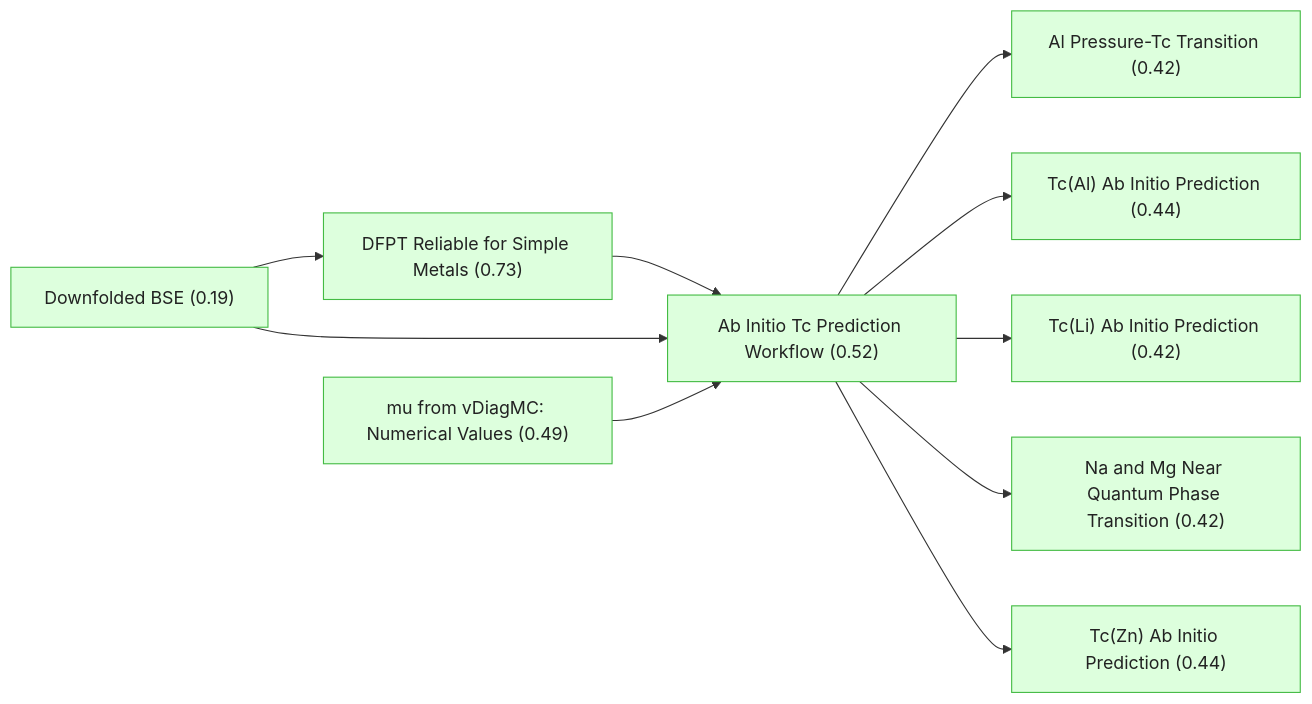
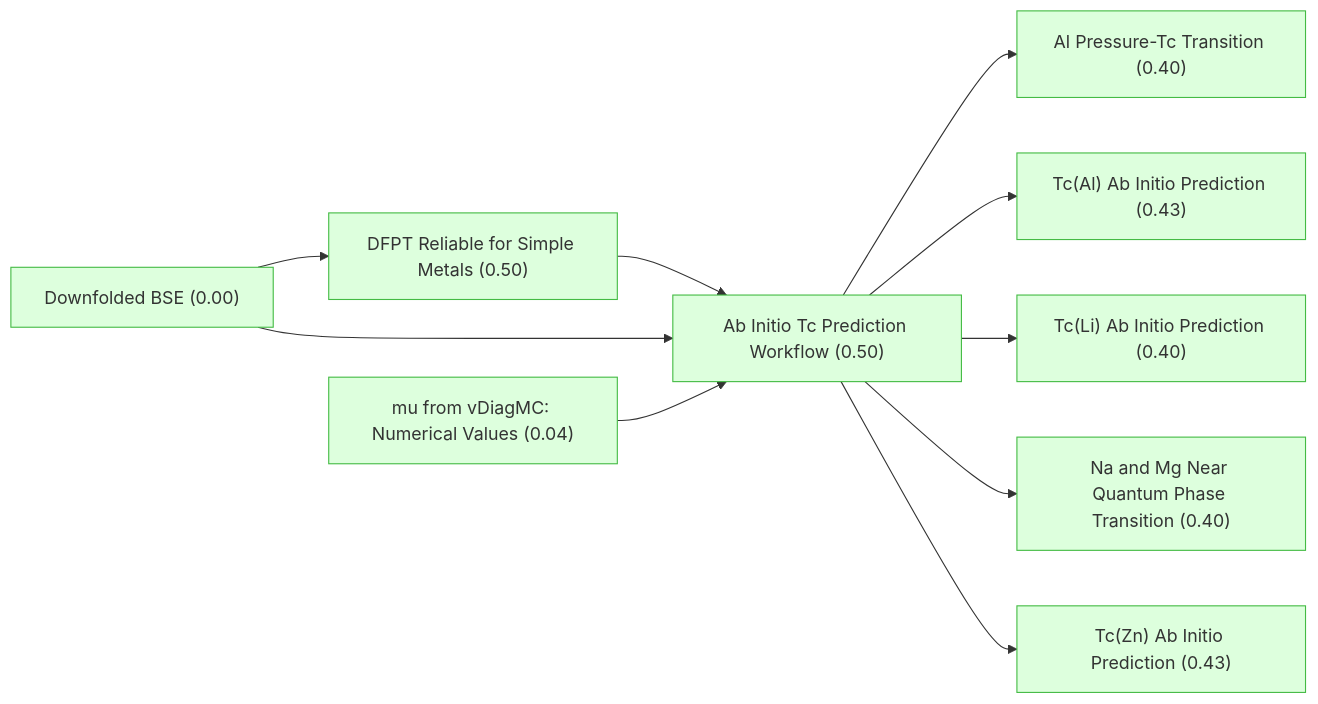
Before and after one commit to kunyuan/SuperconductivityElectronLiquids.gaia: the first of 6 diagrams in README.md, drawn with Mermaid. The commit also changed other lines of this file, not shown here.

Commit message:
docs: regenerate README with induction strategy

````diff
--- a/README.md
+++ b/README.md
@@ -7,33 +7,31 @@
 ```mermaid
 graph LR
-    downfolded_bse["Downfolded BSE (0.19)"]:::derived
-    mu_vdiagmc_values["mu from vDiagMC: Numerical Values (0.49)"]:::derived
-    dfpt_reliable_for_simple_metals["DFPT Reliable for Simple Metals (0.73)"]:::derived
-    ab_initio_workflow["Ab Initio Tc Prediction Workflow (0.52)"]:::derived
-    tc_al_predicted["Tc(Al) Ab Initio Prediction (0.44)"]:::derived
-    tc_zn_predicted["Tc(Zn) Ab Initio Prediction (0.44)"]:::derived
-    tc_li_predicted["Tc(Li) Ab Initio Prediction (0.42)"]:::derived
-    al_pressure_transition["Al Pressure-Tc Transition (0.42)"]:::derived
-    tc_mg_na_near_qpt["Na and Mg Near Quantum Phase Transition (0.42)"]:::derived
+    downfolded_bse["Downfolded BSE (0.00)"]:::derived
+    mu_vdiagmc_values["mu from vDiagMC: Numerical Values (0.04)"]:::derived
+    dfpt_reliable_for_simple_metals["DFPT Reliable for Simple Metals (0.50)"]:::derived
+    ab_initio_workflow["Ab Initio Tc Prediction Workflow (0.50)"]:::derived
+    tc_al_predicted["Tc(Al) Ab Initio Prediction (0.43)"]:::derived
+    tc_zn_predicted["Tc(Zn) Ab Initio Prediction (0.43)"]:::derived
+    tc_li_predicted["Tc(Li) Ab Initio Prediction (0.40)"]:::derived
+    al_pressure_transition["Al Pressure-Tc Transition (0.40)"]:::derived
+    tc_mg_na_near_qpt["Na and Mg Near Quantum Phase Transition (0.40)"]:::derived
     ab_initio_workflow --> al_pressure_transition
     ab_initio_workflow --> tc_al_predicted
     ab_initio_workflow --> tc_li_predicted
     ab_initio_workflow --> tc_mg_na_near_qpt
     ab_initio_workflow --> tc_zn_predicted
     dfpt_reliable_for_simple_metals --> ab_initio_workflow
     downfolded_bse --> ab_initio_workflow
     downfolded_bse --> dfpt_reliable_for_simple_metals
     mu_vdiagmc_values --> ab_initio_workflow
 
-    classDef setting fill:#f0f0f0,stroke:#999,color:#222
-    classDef premise fill:#ddeeff,stroke:#4488bb,color:#222
-    classDef derived fill:#ddffdd,stroke:#44bb44,color:#222
-    classDef question fill:#fff3dd,stroke:#cc9944,color:#222
-    classDef background fill:#f5f5f5,stroke:#bbb,stroke-dasharray: 5 5,color:#222
-    classDef orphan fill:#fff,stroke:#ccc,stroke-dasharray: 5 5,color:#222
-    classDef external fill:#fff,stroke:#aaa,stroke-dasharray: 3 3,color:#222
-    classDef strategy fill:#f7f7f7,stroke:#777,color:#222
-    classDef operator fill:#f7f7f7,stroke:#777,color:#222
-    classDef weak fill:#fff9c4,stroke:#f9a825,stroke-dasharray: 5 5,color:#222
-    classDef contra fill:#ffebee,stroke:#c62828,color:#222
+    classDef setting fill:#f0f0f0,stroke:#999,color:#333
+    classDef premise fill:#ddeeff,stroke:#4488bb,color:#333
+    classDef derived fill:#ddffdd,stroke:#44bb44,color:#333
+    classDef question fill:#fff3dd,stroke:#cc9944,color:#333
+    classDef background fill:#f5f5f5,stroke:#bbb,stroke-dasharray: 5 5,color:#333
+    classDef orphan fill:#fff,stroke:#ccc,stroke-dasharray: 5 5,color:#333
+    classDef external fill:#fff,stroke:#aaa,stroke-dasharray: 3 3,color:#333
+    classDef weak fill:#fff9c4,stroke:#f9a825,stroke-dasharray: 5 5,color:#333
+    classDef contra fill:#ffebee,stroke:#c62828,color:#333
 ```
````
